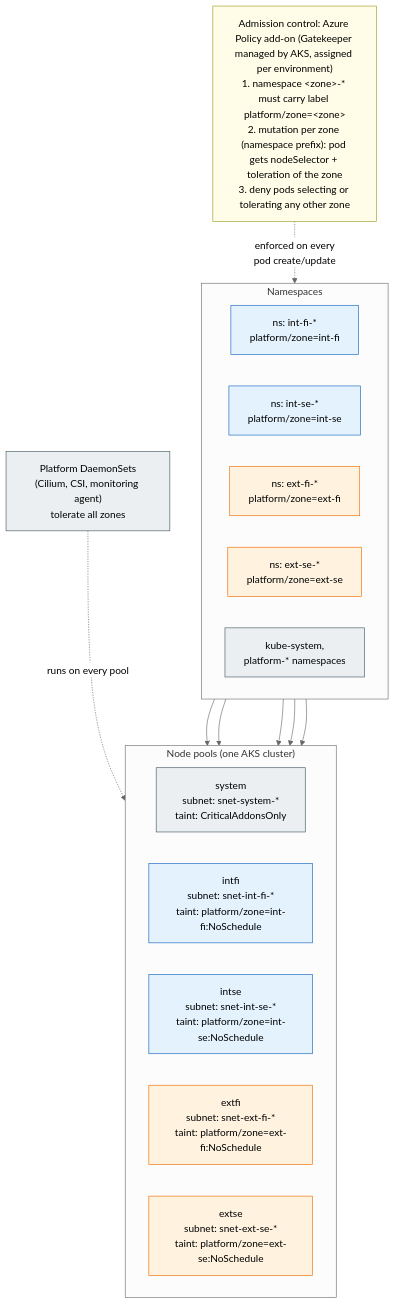
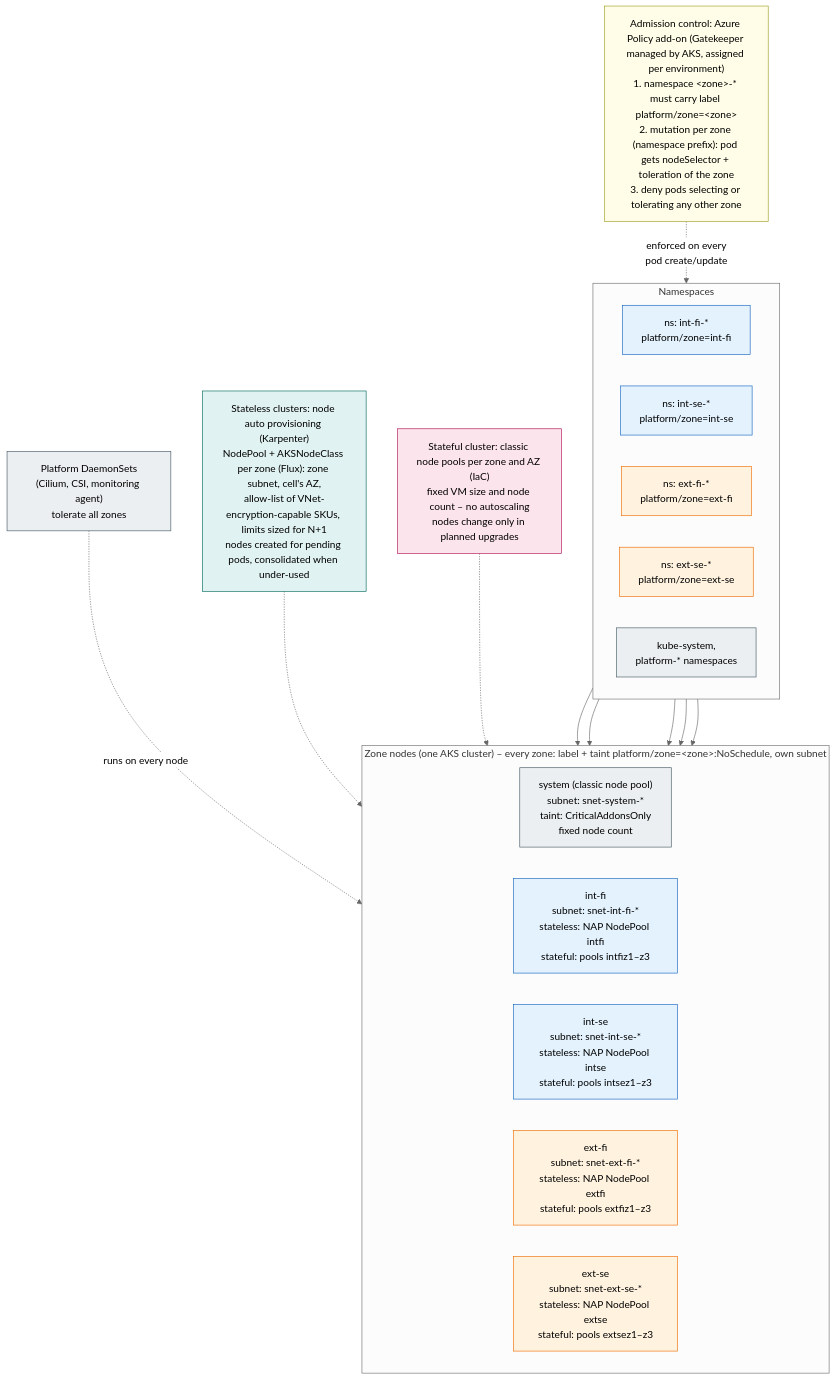
The diagram in diagrams/04-node-pools.mmd (olljanat-ai/aks-design), drawn with Mermaid (neutral theme) before and after one commit. The commit also changed 12 other files, not shown here.

First line of the commit message:
Use node auto provisioning in stateless clusters, fixed node pools in stateful

```diff
--- a/diagrams/04-node-pools.mmd
+++ b/diagrams/04-node-pools.mmd
@@ -1,40 +1,50 @@
-%% Node pool per zone: scheduling isolation with labels, taints and admission control
+%% Nodes per zone: scheduling isolation with labels, taints and admission control.
+%% Stateless clusters get zone nodes from node auto provisioning (NAP); the stateful cluster uses fixed-size node pools.
 flowchart TB
     adm["Admission control: Azure Policy add-on (Gatekeeper managed by AKS, assigned per environment)<br/>1. namespace &lt;zone&gt;-* must carry label platform/zone=&lt;zone&gt;<br/>2. mutation per zone (namespace prefix): pod gets nodeSelector + toleration of the zone<br/>3. deny pods selecting or tolerating any other zone"]
 
     subgraph NS["Namespaces"]
         direction LR
         ns_ifi["ns: int-fi-*<br/>platform/zone=int-fi"]
         ns_ise["ns: int-se-*<br/>platform/zone=int-se"]
         ns_efi["ns: ext-fi-*<br/>platform/zone=ext-fi"]
         ns_ese["ns: ext-se-*<br/>platform/zone=ext-se"]
         ns_sys["kube-system,<br/>platform-* namespaces"]
     end
 
-    subgraph POOLS["Node pools (one AKS cluster)"]
+    subgraph POOLS["Zone nodes (one AKS cluster) – every zone: label + taint platform/zone=&lt;zone&gt;:NoSchedule, own subnet"]
         direction LR
-        p_sys["system<br/>subnet: snet-system-*<br/>taint: CriticalAddonsOnly"]
-        p_ifi["intfi<br/>subnet: snet-int-fi-*<br/>taint: platform/zone=int-fi:NoSchedule"]
-        p_ise["intse<br/>subnet: snet-int-se-*<br/>taint: platform/zone=int-se:NoSchedule"]
-        p_efi["extfi<br/>subnet: snet-ext-fi-*<br/>taint: platform/zone=ext-fi:NoSchedule"]
-        p_ese["extse<br/>subnet: snet-ext-se-*<br/>taint: platform/zone=ext-se:NoSchedule"]
+        p_sys["system (classic node pool)<br/>subnet: snet-system-*<br/>taint: CriticalAddonsOnly<br/>fixed node count"]
+        p_ifi["int-fi<br/>subnet: snet-int-fi-*<br/>stateless: NAP NodePool intfi<br/>stateful: pools intfiz1–z3"]
+        p_ise["int-se<br/>subnet: snet-int-se-*<br/>stateless: NAP NodePool intse<br/>stateful: pools intsez1–z3"]
+        p_efi["ext-fi<br/>subnet: snet-ext-fi-*<br/>stateless: NAP NodePool extfi<br/>stateful: pools extfiz1–z3"]
+        p_ese["ext-se<br/>subnet: snet-ext-se-*<br/>stateless: NAP NodePool extse<br/>stateful: pools extsez1–z3"]
     end
 
     adm -.->|"enforced on every<br/>pod create/update"| NS
     ns_sys --> p_sys
     ns_ifi --> p_ifi
     ns_ise --> p_ise
     ns_efi --> p_efi
     ns_ese --> p_ese
 
     ds["Platform DaemonSets<br/>(Cilium, CSI, monitoring agent)<br/>tolerate all zones"]
-    ds -.->|"runs on every pool"| POOLS
+    ds -.->|"runs on every node"| POOLS
+
+    nap["Stateless clusters: node auto provisioning (Karpenter)<br/>NodePool + AKSNodeClass per zone (Flux): zone subnet, cell's AZ,<br/>allow-list of VNet-encryption-capable SKUs, limits sized for N+1<br/>nodes created for pending pods, consolidated when under-used"]
+    fix["Stateful cluster: classic node pools per zone and AZ (IaC)<br/>fixed VM size and node count – no autoscaling<br/>nodes change only in planned upgrades"]
+    nap -.-> POOLS
+    fix -.-> POOLS
 
     classDef cp fill:#eceff1,stroke:#455a64,color:#000
     classDef int fill:#e3f2fd,stroke:#1565c0,color:#000
     classDef ext fill:#fff3e0,stroke:#ef6c00,color:#000
     classDef note fill:#fffde7,stroke:#9e9d24,color:#000
+    classDef sl fill:#e0f2f1,stroke:#00695c,color:#000
+    classDef sf fill:#fce4ec,stroke:#ad1457,color:#000
     class p_sys,ns_sys,ds cp
     class p_ifi,p_ise,ns_ifi,ns_ise int
     class p_efi,p_ese,ns_efi,ns_ese ext
     class adm note
+    class nap sl
+    class fix sf
```
